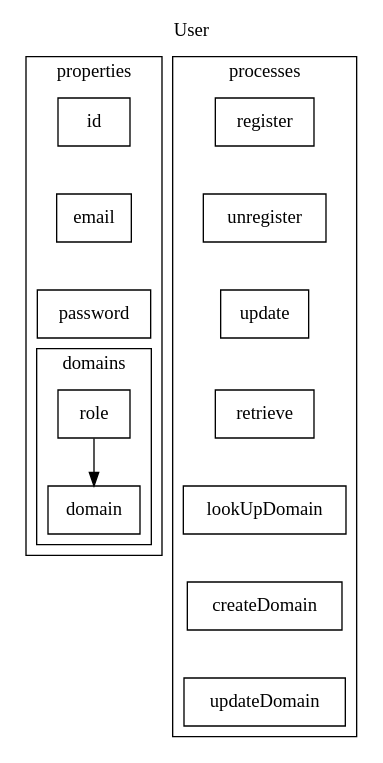
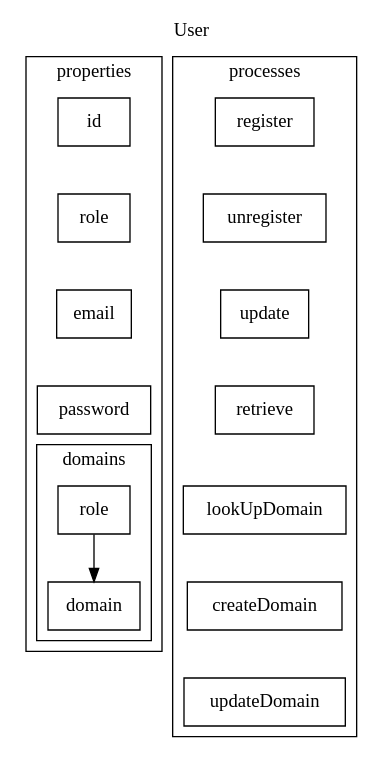
One commit to emerson-argueta/postgres-react-golang-template changed the diagram in design/models/identity/user.dot. Above: the diagram before and after it, drawn with Graphviz.

Commit message:
added role to user model

```diff
--- a/design/models/identity/user.dot
+++ b/design/models/identity/user.dot
@@ -1,37 +1,38 @@
 digraph user{
     labelloc=t
     label="User"
     subgraph cluster_properties{
         label="properties"
         id[shape=rectangle]
+        user_role[shape=rectangle,label="role"]
         email[shape=rectangle]
         password[shape=rectangle]
         subgraph cluster_domains{
             label="domains"
             domain[shape=rectangle]
-            role[shape=rectangle]
+            domain_role[shape=rectangle,label="role"]
 
-            role->domain
+            domain_role->domain
         }
 
-        id->email->password->role[style=invis]
+        id->user_role->email->password->domain_role[style=invis]
     }
     subgraph cluster_processes{
         label="processes"
         register[shape=rectangle]
         unregister[shape=rectangle]
         update[shape=rectangle]
         retrieve[shape=rectangle]
         lookUpDomain[shape=rectangle]
         createDomain[shape=rectangle]
         updateDomain[shape=rectangle]
 
         register->
         unregister->
         update->
         retrieve->
         lookUpDomain->
         createDomain->
         updateDomain[style=invis]
     }
 }
```
